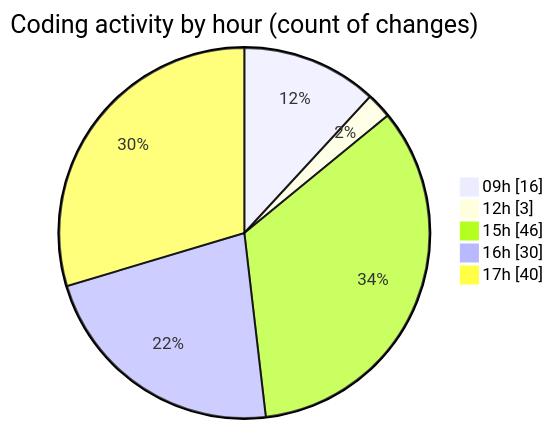
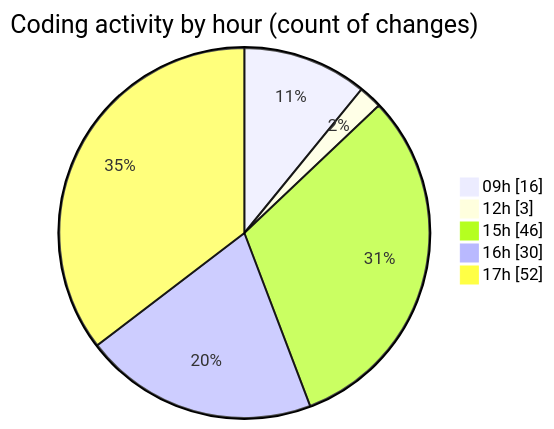
The second of 2 diagrams in 2025-07-08/cda/README.md (momahboobian/code-tracking), drawn with Mermaid before and after one commit. The commit also changed other lines of this file and 1 other file, not shown here.

````diff
--- a/2025-07-08/cda/README.md
+++ b/2025-07-08/cda/README.md
@@ -57,9 +57,9 @@
 ```mermaid
 pie showData
 title Coding activity by hour (count of changes)
 "09h" : 16
 "12h" : 3
 "15h" : 46
 "16h" : 30
-"17h" : 40
+"17h" : 52
 ```
````
